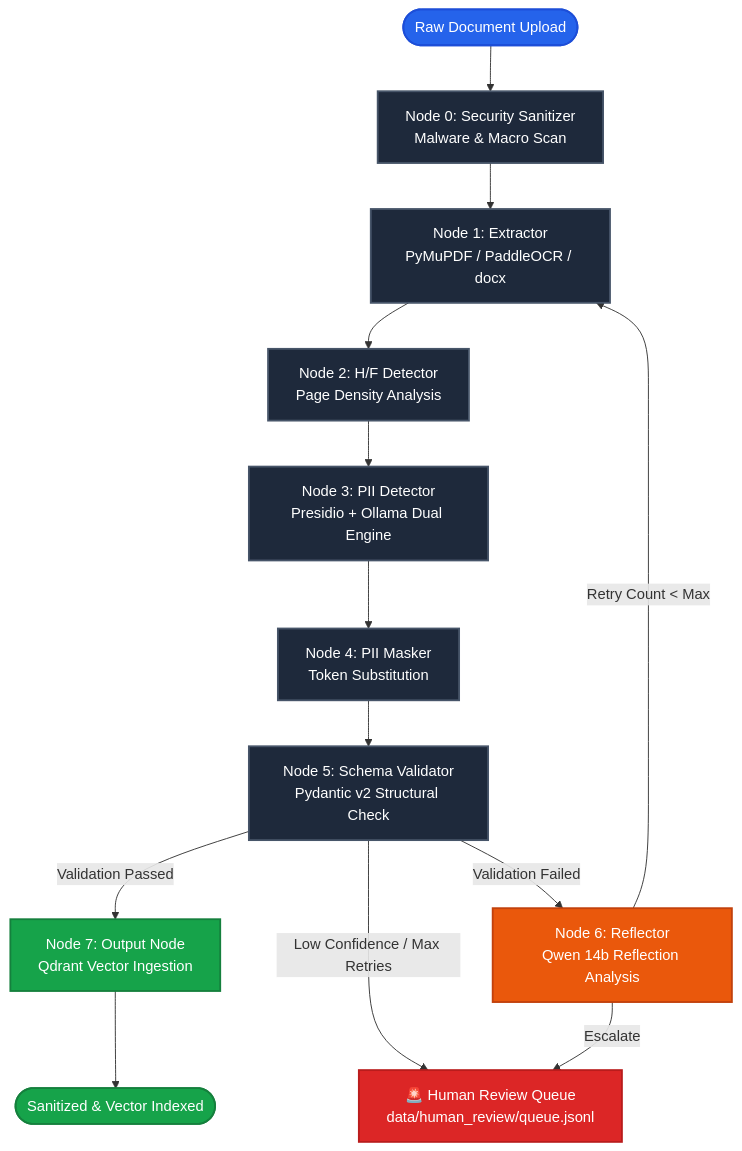
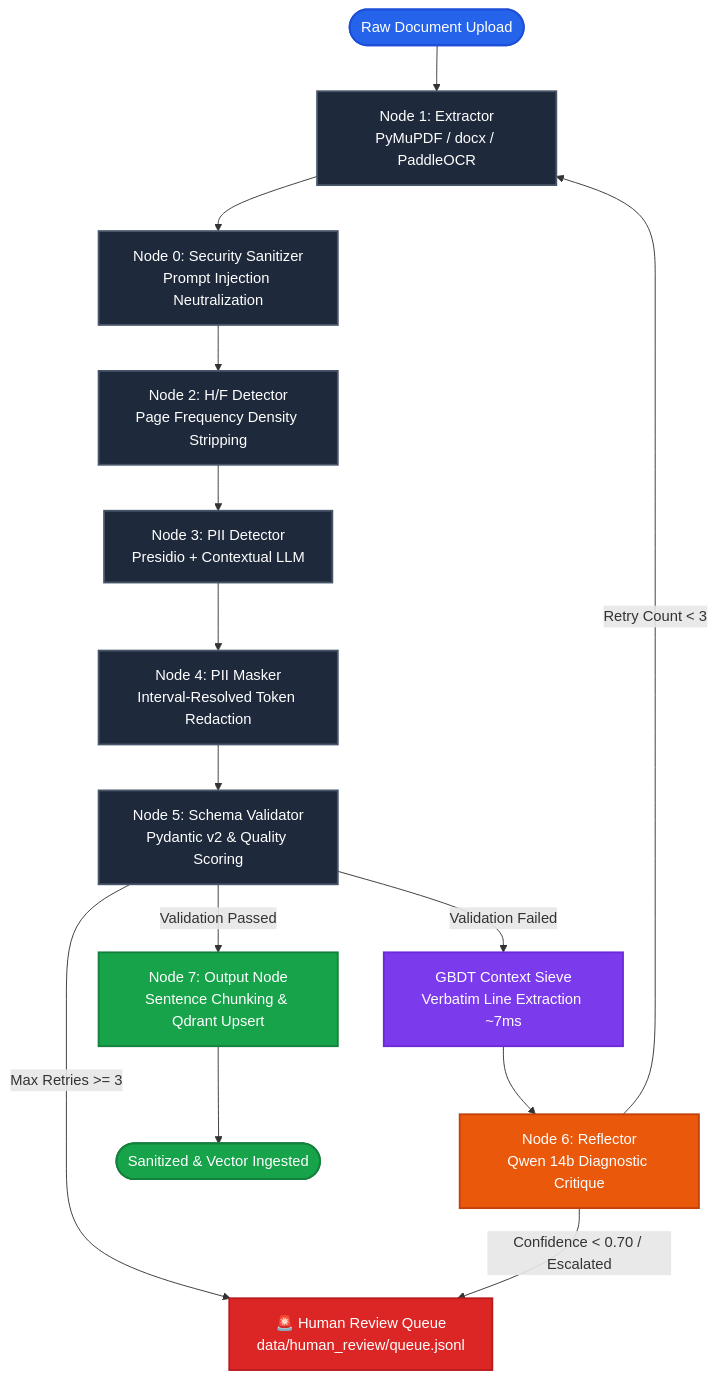
Before and after one commit to ImdataScientistSachin/DataShuddi: the first of 2 diagrams in README.md, drawn with Mermaid. The commit also changed other lines of this file and 6 other files, not shown here.

````diff
--- a/README.md
+++ b/README.md
@@ -98,23 +182,25 @@
 ```mermaid
 flowchart TD
     classDef startNode fill:#2563eb,stroke:#1d4ed8,stroke-width:2px,color:#fff;
     classDef defaultNode fill:#1e293b,stroke:#475569,stroke-width:2px,color:#fff;
     classDef successNode fill:#16a34a,stroke:#15803d,stroke-width:2px,color:#fff;
     classDef retryNode fill:#ea580c,stroke:#c2410c,stroke-width:2px,color:#fff;
     classDef alertNode fill:#dc2626,stroke:#b91c1c,stroke-width:2px,color:#fff;
+    classDef sieveNode fill:#7c3aed,stroke:#6d28d9,stroke-width:2px,color:#fff;
 
-    START([Raw Document Upload]):::startNode --> N0[Node 0: Security Sanitizer\nMalware & Macro Scan]:::defaultNode
-    N0 --> N1[Node 1: Extractor\nPyMuPDF / PaddleOCR / docx]:::defaultNode
-    N1 --> N2[Node 2: H/F Detector\nPage Density Analysis]:::defaultNode
-    N2 --> N3[Node 3: PII Detector\nPresidio + Ollama Dual Engine]:::defaultNode
-    N3 --> N4[Node 4: PII Masker\nToken Substitution]:::defaultNode
-    N4 --> N5[Node 5: Schema Validator\nPydantic v2 Structural Check]:::defaultNode
+    START([Raw Document Upload]):::startNode --> N1[Node 1: Extractor\nPyMuPDF / docx / PaddleOCR]:::defaultNode
+    N1 --> N0[Node 0: Security Sanitizer\nPrompt Injection Neutralization]:::defaultNode
+    N0 --> N2[Node 2: H/F Detector\nPage Frequency Density Stripping]:::defaultNode
+    N2 --> N3[Node 3: PII Detector\nPresidio + Contextual LLM]:::defaultNode
+    N3 --> N4[Node 4: PII Masker\nInterval-Resolved Token Redaction]:::defaultNode
+    N4 --> N5[Node 5: Schema Validator\nPydantic v2 & Quality Scoring]:::defaultNode
     
-    N5 -->|Validation Passed| N7[Node 7: Output Node\nQdrant Vector Ingestion]:::successNode
-    N5 -->|Validation Failed| N6[Node 6: Reflector\nQwen 14b Reflection Analysis]:::retryNode
-    N5 -->|Low Confidence / Max Retries| HRQ[🚨 Human Review Queue\ndata/human_review/queue.jsonl]:::alertNode
+    N5 -->|Validation Passed| N7[Node 7: Output Node\nSentence Chunking & Qdrant Upsert]:::successNode
+    N5 -->|Validation Failed| SIEVE[GBDT Context Sieve\nVerbatim Line Extraction ~7ms]:::sieveNode
+    SIEVE --> N6[Node 6: Reflector\nQwen 14b Diagnostic Critique]:::retryNode
+    N5 -->|Max Retries >= 3| HRQ[🚨 Human Review Queue\ndata/human_review/queue.jsonl]:::alertNode
     
-    N6 -->|Retry Count < Max| N1
-    N6 -->|Escalate| HRQ
-    N7 --> END([Sanitized & Vector Indexed]):::successNode
+    N6 -->|Retry Count < 3| N1
+    N6 -->|Confidence < 0.70 / Escalated| HRQ
+    N7 --> END([Sanitized & Vector Ingested]):::successNode
 ```
````
